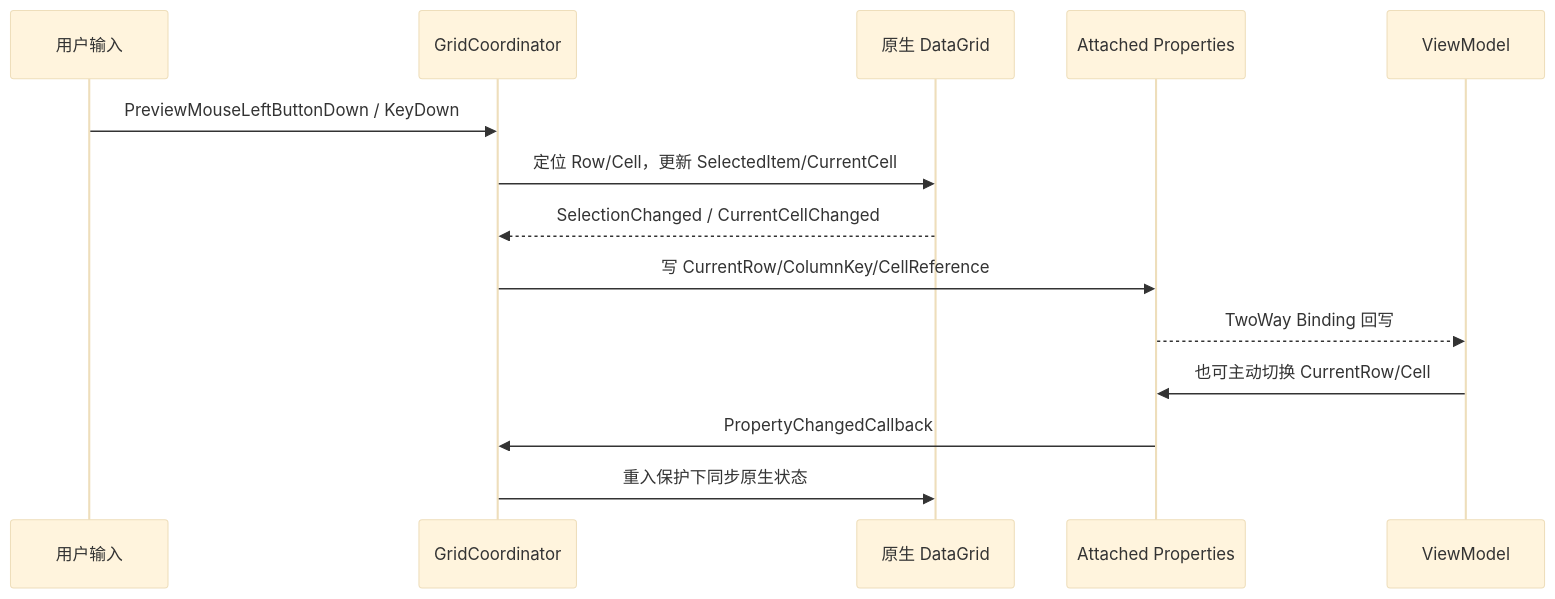
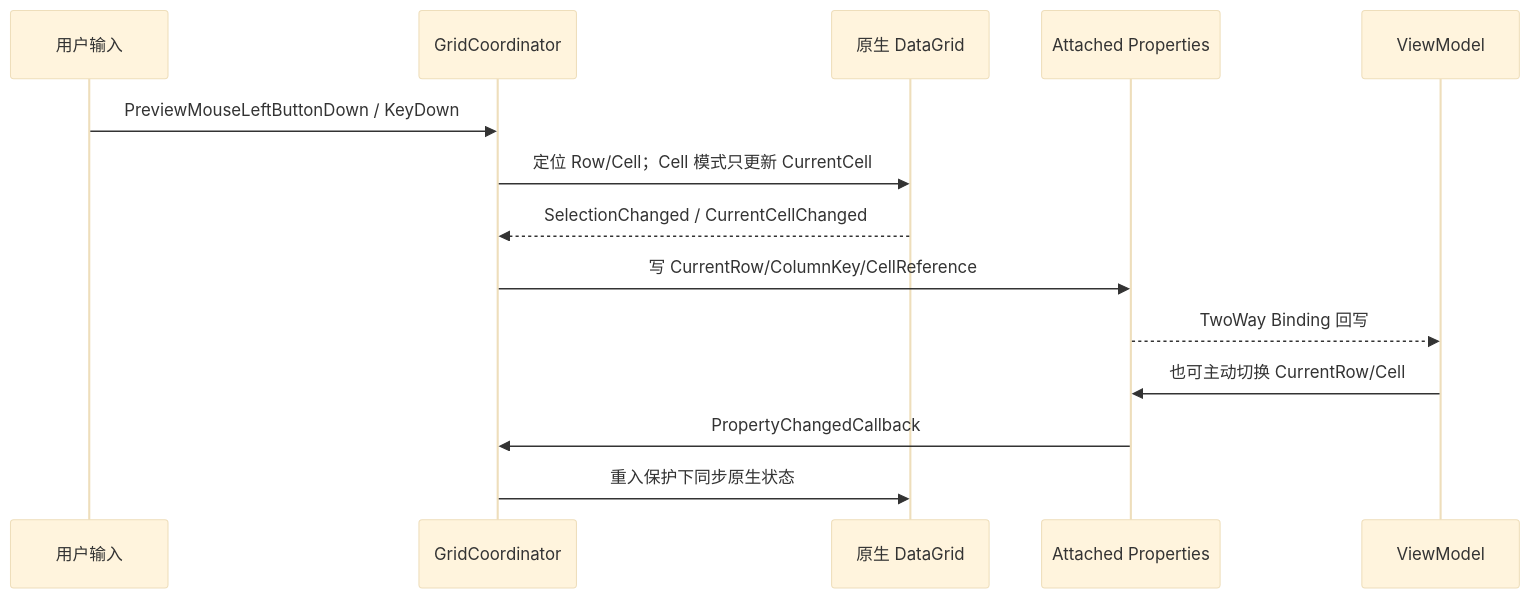
One commit to yanwei175/SwiftExport changed the second of 2 diagrams in .codex/skills/wpf-dotnet10-design/wpf-enterprise-grid/references/总体架构.md. Above: the diagram before and after it, drawn with Mermaid (base theme). The commit also changed other lines of this file and 68 other files, not shown here.

````diff
--- a/.codex/skills/wpf-dotnet10-design/wpf-enterprise-grid/references/总体架构.md
+++ b/.codex/skills/wpf-dotnet10-design/wpf-enterprise-grid/references/总体架构.md
@@ -291,17 +288,17 @@
 ```mermaid
 sequenceDiagram
     participant U as 用户输入
     participant C as GridCoordinator
     participant D as 原生 DataGrid
     participant A as Attached Properties
     participant V as ViewModel
 
     U->>C: PreviewMouseLeftButtonDown / KeyDown
-    C->>D: 定位 Row/Cell，更新 SelectedItem/CurrentCell
+    C->>D: 定位 Row/Cell；Cell 模式只更新 CurrentCell
     D-->>C: SelectionChanged / CurrentCellChanged
     C->>A: 写 CurrentRow/ColumnKey/CellReference
     A-->>V: TwoWay Binding 回写
     V->>A: 也可主动切换 CurrentRow/Cell
     A->>C: PropertyChangedCallback
     C->>D: 重入保护下同步原生状态
 ```
````
